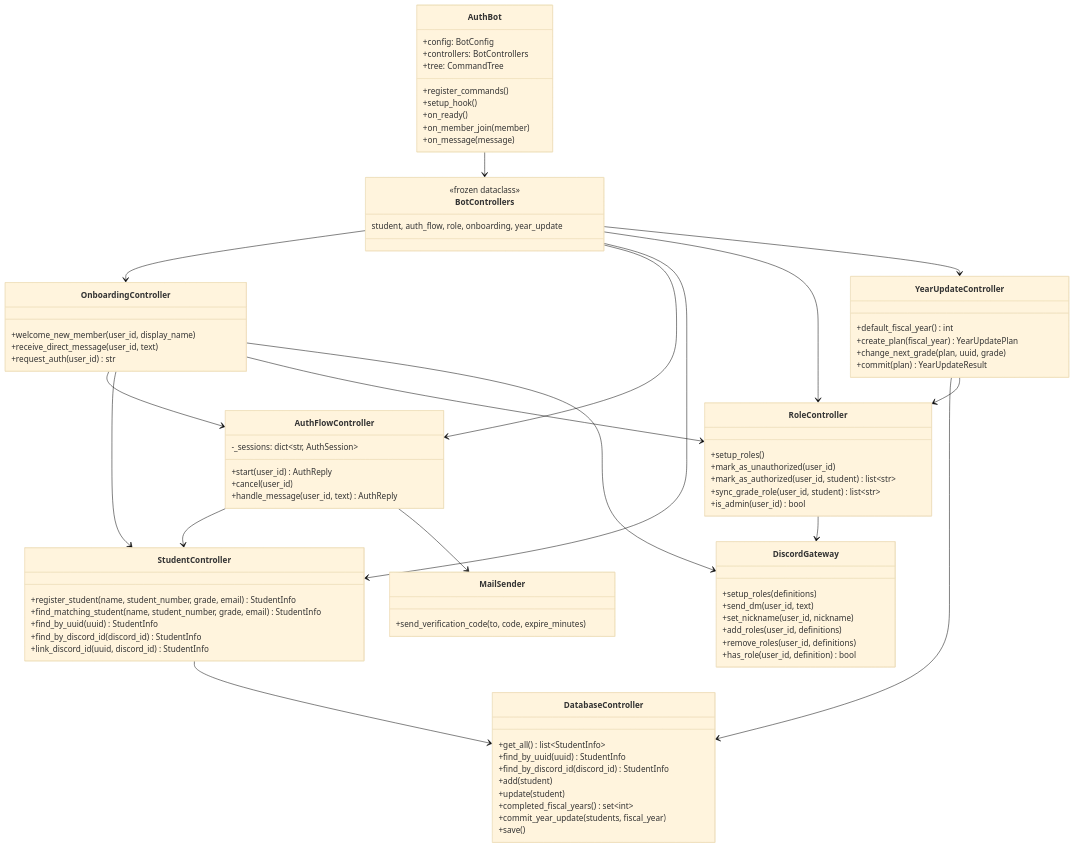
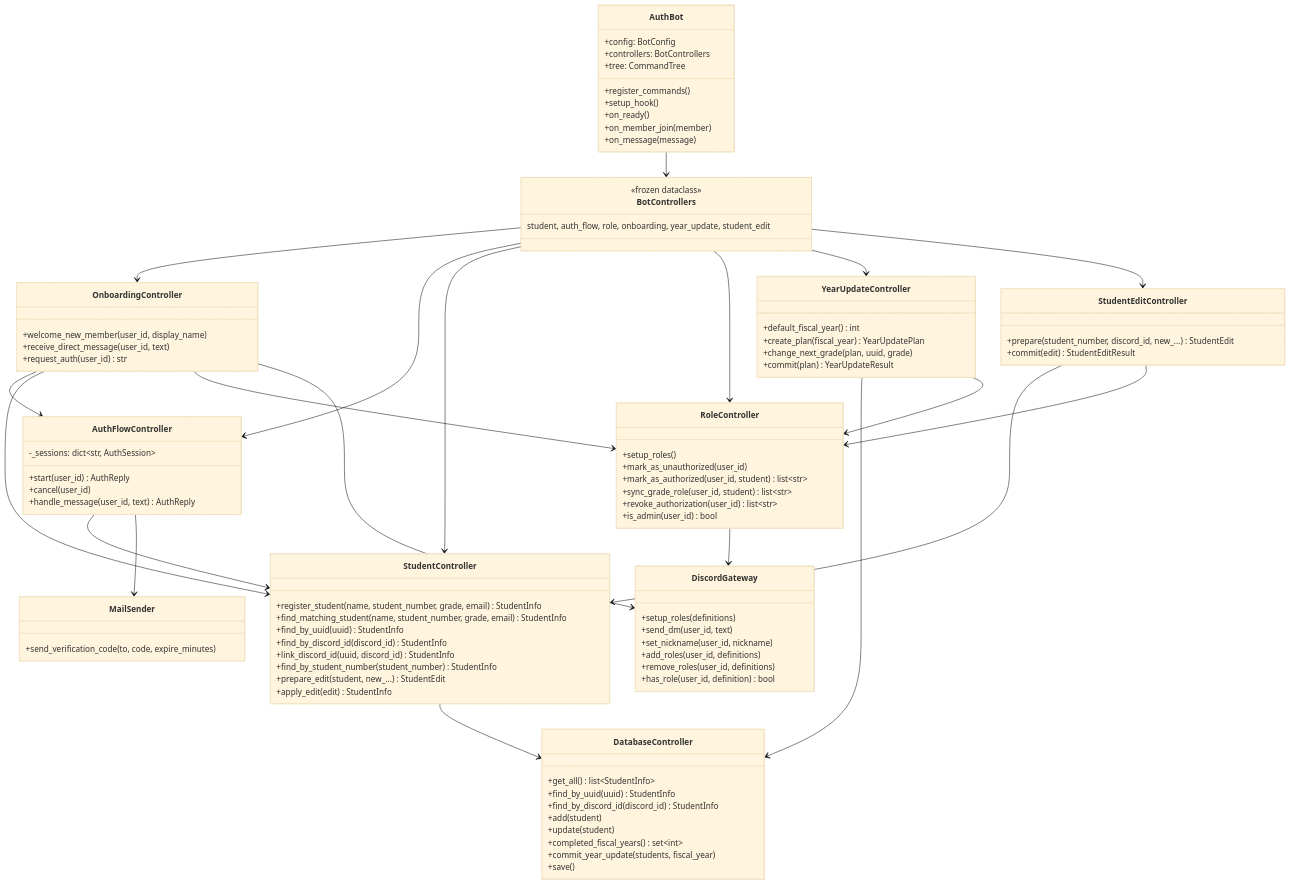
The first of 5 diagrams in docs/detailed_design.md (OhuchiLab/discord-authbot2), drawn with Mermaid (base theme) before and after one commit. The commit also changed other lines of this file and 24 other files, not shown here.

```diff
--- a/docs/detailed_design.md
+++ b/docs/detailed_design.md
@@ -110,7 +115,7 @@
     }
     class BotControllers {
         <<frozen dataclass>>
-        student, auth_flow, role, onboarding, year_update
+        student, auth_flow, role, onboarding, year_update, student_edit
     }
     class OnboardingController {
         +welcome_new_member(user_id, display_name)
@@ -129,12 +134,20 @@
         +find_by_uuid(uuid) StudentInfo
         +find_by_discord_id(discord_id) StudentInfo
         +link_discord_id(uuid, discord_id) StudentInfo
+        +find_by_student_number(student_number) StudentInfo
+        +prepare_edit(student, new_...) StudentEdit
+        +apply_edit(edit) StudentInfo
+    }
+    class StudentEditController {
+        +prepare(student_number, discord_id, new_...) StudentEdit
+        +commit(edit) StudentEditResult
     }
     class RoleController {
         +setup_roles()
         +mark_as_unauthorized(user_id)
         +mark_as_authorized(user_id, student) list~str~
         +sync_grade_role(user_id, student) list~str~
+        +revoke_authorization(user_id) list~str~
         +is_admin(user_id) bool
     }
     class YearUpdateController {
@@ -171,6 +184,9 @@
     BotControllers --> StudentController
     BotControllers --> RoleController
     BotControllers --> YearUpdateController
+    BotControllers --> StudentEditController
+    StudentEditController --> StudentController
+    StudentEditController --> RoleController
     YearUpdateController --> DatabaseController
     YearUpdateController --> RoleController
     OnboardingController --> AuthFlowController
```
